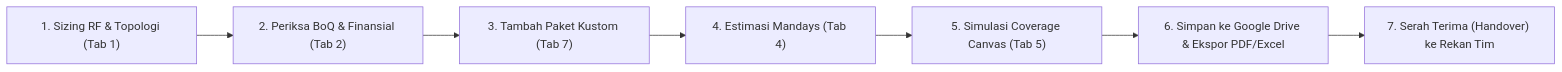
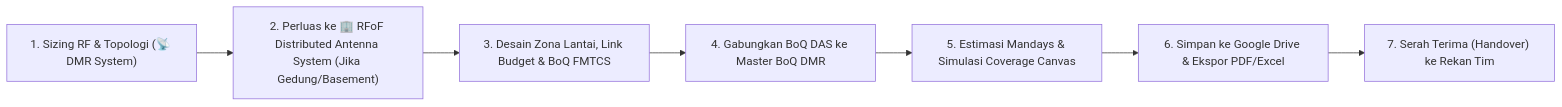
One commit to tech-sol-id/cdpk-system-planner changed the first of 2 diagrams in USER_GUIDE.md. Above: the diagram before and after it, drawn with Mermaid. The commit also changed other lines of this file and 6 other files, not shown here.

````diff
--- a/USER_GUIDE.md
+++ b/USER_GUIDE.md
@@ -92,9 +99,9 @@
 ```mermaid
 flowchart LR
-    Step1["1. Sizing RF & Topologi (Tab 1)"] --> Step2["2. Periksa BoQ & Finansial (Tab 2)"]
-    Step2 --> Step3["3. Tambah Paket Kustom (Tab 7)"]
-    Step3 --> Step4["4. Estimasi Mandays (Tab 4)"]
-    Step4 --> Step5["5. Simulasi Coverage Canvas (Tab 5)"]
+    Step1["1. Sizing RF & Topologi (📡 DMR System)"] --> Step2["2. Perluas ke 🏢 RFoF Distributed Antenna System (Jika Gedung/Basement)"]
+    Step2 --> Step3["3. Desain Zona Lantai, Link Budget & BoQ FMTCS"]
+    Step3 --> Step4["4. Gabungkan BoQ DAS ke Master BoQ DMR"]
+    Step4 --> Step5["5. Estimasi Mandays & Simulasi Coverage Canvas"]
     Step5 --> Step6["6. Simpan ke Google Drive & Ekspor PDF/Excel"]
     Step6 --> Step7["7. Serah Terima (Handover) ke Rekan Tim"]
 ```
````
